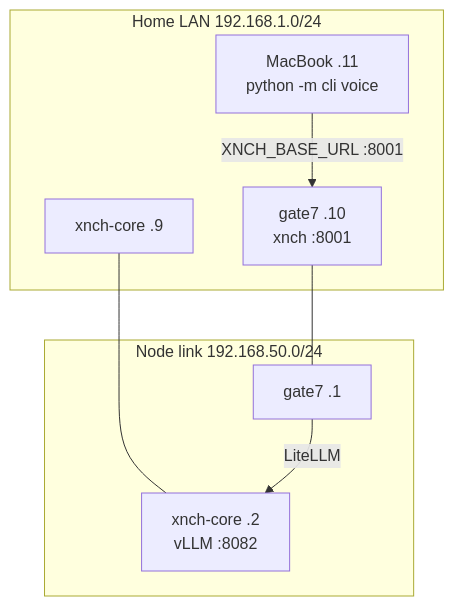
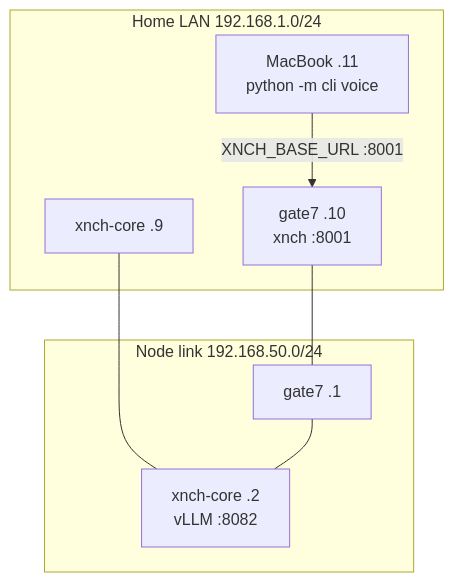
One commit to x-nch/xnchSystems changed the first of 2 diagrams in docs/guides/nexi-voice-mac-client.md. Above: the diagram before and after it, drawn with Mermaid. The commit also changed other lines of this file and 16 other files, not shown here.

````diff
--- a/docs/guides/nexi-voice-mac-client.md
+++ b/docs/guides/nexi-voice-mac-client.md
@@ -19,16 +19,16 @@
 ```mermaid
 flowchart TB
     subgraph HomeLAN["Home LAN 192.168.1.0/24"]
         MAC["MacBook .11<br/>python -m cli voice"]
         G7W["gate7 .10<br/>xnch :8001"]
         NBW["xnch-core .9"]
     end
     subgraph NodeLink["Node link 192.168.50.0/24"]
         G7N["gate7 .1"]
         NBN["xnch-core .2<br/>vLLM :8082"]
     end
     MAC -->|"XNCH_BASE_URL :8001"| G7W
     G7W --- G7N
     NBW --- NBN
-    G7N -->|"LiteLLM"| NBN
+    G7N --- NBN
 ```
````
